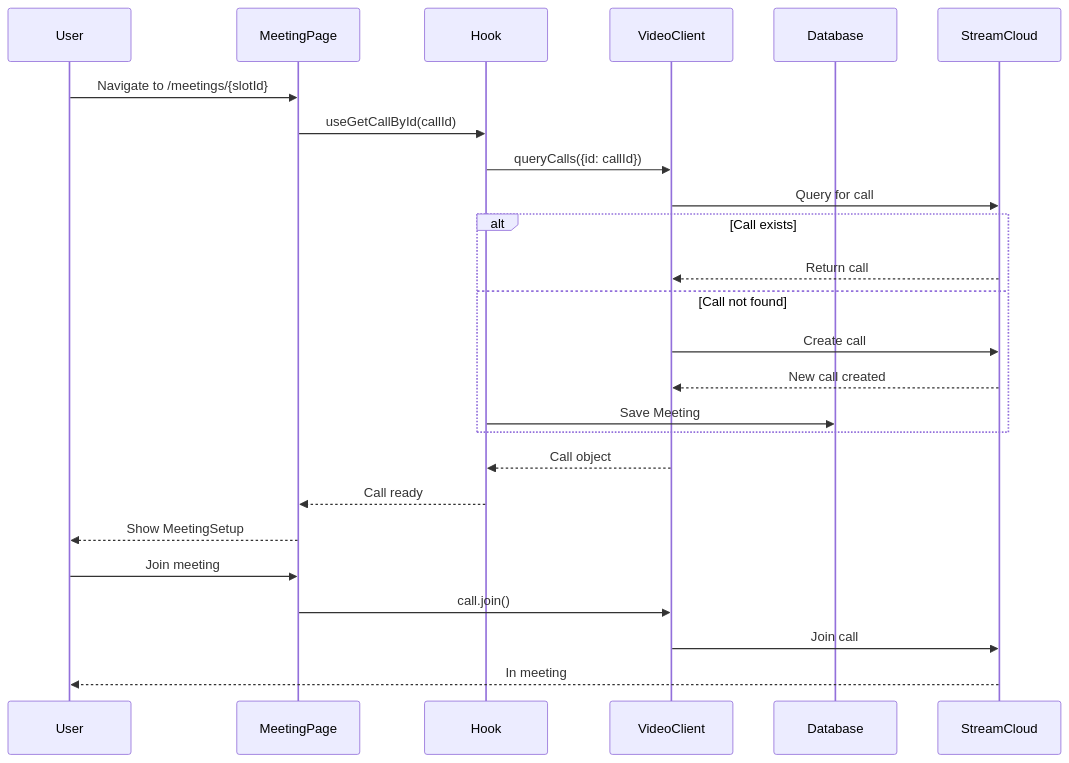
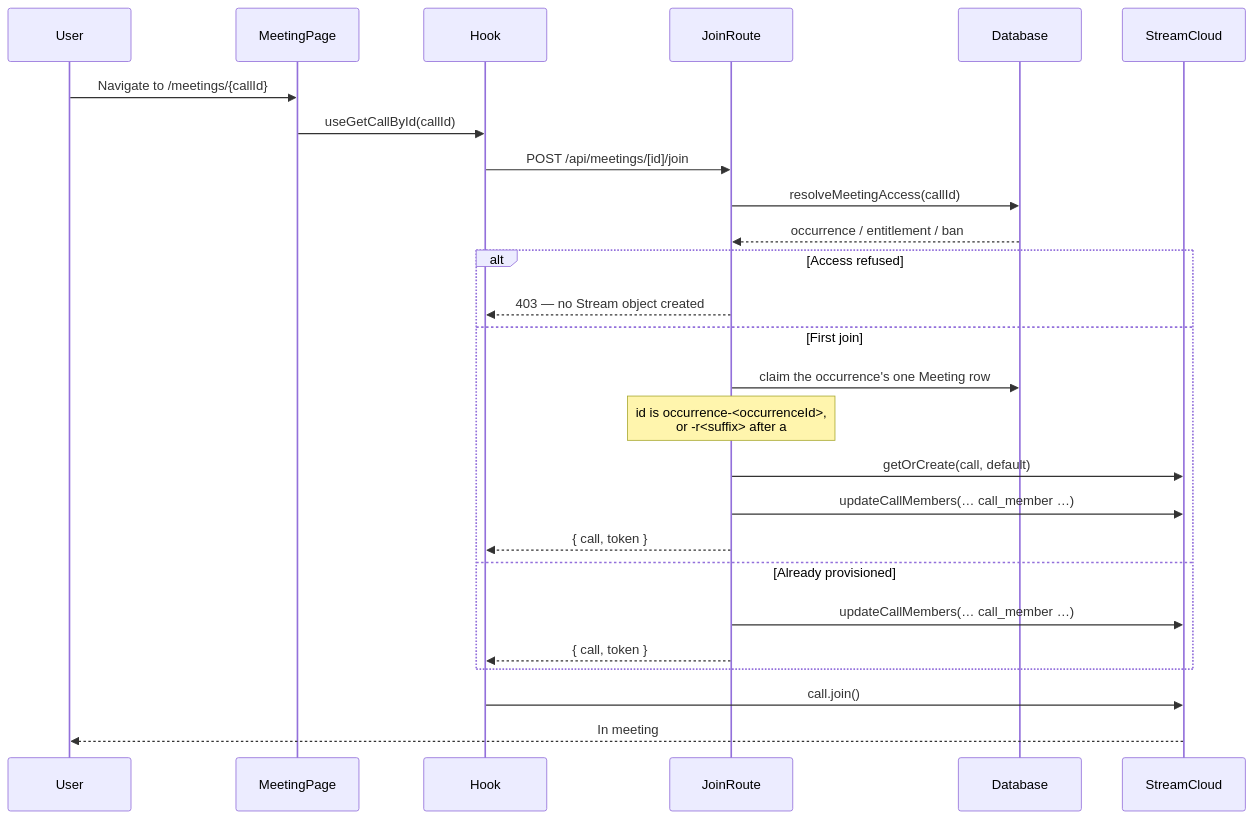
The fifth of 7 diagrams in docs/stream/01-architecture.md (Practitionist/familiarise_web), drawn with Mermaid before and after one commit. The commit also changed other lines of this file and 9 other files, not shown here.

````diff
--- a/docs/stream/01-architecture.md
+++ b/docs/stream/01-architecture.md
@@ -216,32 +222,32 @@
 ```mermaid
 sequenceDiagram
     participant User
     participant MeetingPage
     participant Hook
-    participant VideoClient
+    participant JoinRoute
     participant Database
     participant StreamCloud
 
-    User->>MeetingPage: Navigate to /meetings/{slotId}
+    User->>MeetingPage: Navigate to /meetings/{callId}
     MeetingPage->>Hook: useGetCallById(callId)
+    Hook->>JoinRoute: POST /api/meetings/[id]/join
 
-    Hook->>VideoClient: queryCalls({id: callId})
-    VideoClient->>StreamCloud: Query for call
+    JoinRoute->>Database: resolveMeetingAccess(callId)
+    Database-->>JoinRoute: occurrence / entitlement / ban
 
-    alt Call exists
-        StreamCloud-->>VideoClient: Return call
-    else Call not found
-        VideoClient->>StreamCloud: Create call
-        StreamCloud-->>VideoClient: New call created
-        Hook->>Database: Save Meeting
+    alt Access refused
+        JoinRoute-->>Hook: 403 — no Stream object created
+    else First join
+        JoinRoute->>Database: claim the occurrence's one Meeting row
+        Note over JoinRoute: id is occurrence-<occurrenceId>,<br/>or -r<suffix> after a #1607 rebuild
+        JoinRoute->>StreamCloud: getOrCreate(call, default)
+        JoinRoute->>StreamCloud: updateCallMembers(… call_member …)
+        JoinRoute-->>Hook: { call, token }
+    else Already provisioned
+        JoinRoute->>StreamCloud: updateCallMembers(… call_member …)
+        JoinRoute-->>Hook: { call, token }
     end
 
-    VideoClient-->>Hook: Call object
-    Hook-->>MeetingPage: Call ready
-    MeetingPage-->>User: Show MeetingSetup
-
-    User->>MeetingPage: Join meeting
-    MeetingPage->>VideoClient: call.join()
-    VideoClient->>StreamCloud: Join call
+    Hook->>StreamCloud: call.join()
     StreamCloud-->>User: In meeting
 ```
````
